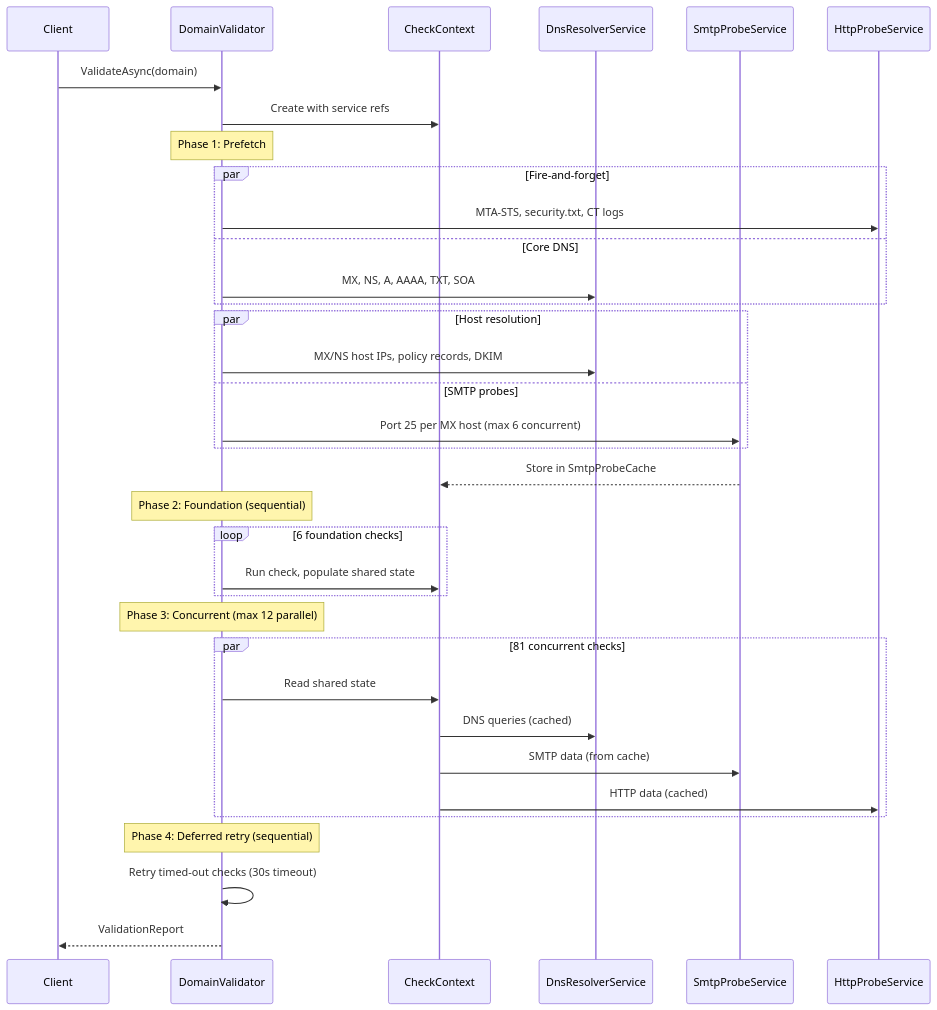
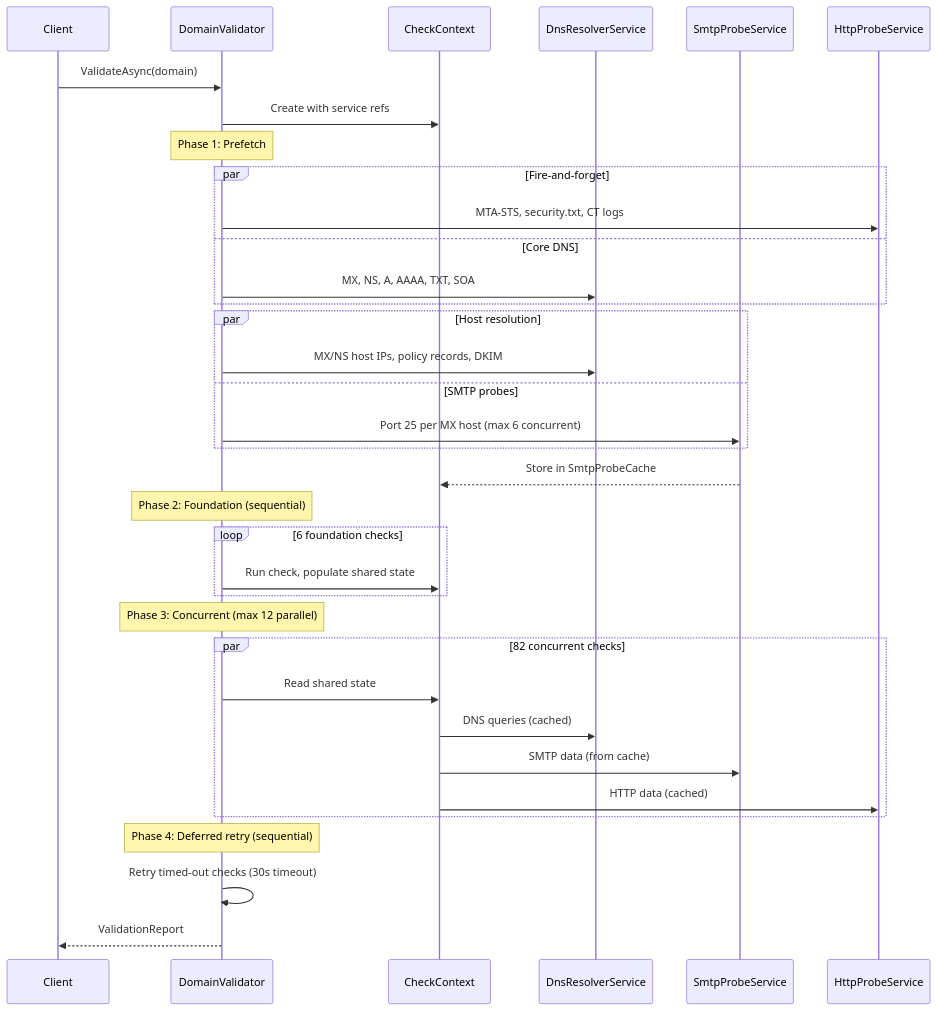
One commit to pkinerd/ednsv changed the second of 2 diagrams in docs/validation-pipeline.md. Above: the diagram before and after it, drawn with Mermaid. The commit also changed other lines of this file and 10 other files, not shown here.

````diff
--- a/docs/validation-pipeline.md
+++ b/docs/validation-pipeline.md
@@ -140,43 +140,43 @@
 ```mermaid
 sequenceDiagram
     participant Client
     participant DV as DomainValidator
     participant CTX as CheckContext
     participant DNS as DnsResolverService
     participant SMTP as SmtpProbeService
     participant HTTP as HttpProbeService
 
     Client->>DV: ValidateAsync(domain)
     DV->>CTX: Create with service refs
 
     Note over DV: Phase 1: Prefetch
     par Fire-and-forget
         DV->>HTTP: MTA-STS, security.txt, CT logs
     and Core DNS
         DV->>DNS: MX, NS, A, AAAA, TXT, SOA
     end
     par Host resolution
         DV->>DNS: MX/NS host IPs, policy records, DKIM
     and SMTP probes
         DV->>SMTP: Port 25 per MX host (max 6 concurrent)
     end
     SMTP-->>CTX: Store in SmtpProbeCache
 
     Note over DV: Phase 2: Foundation (sequential)
     loop 6 foundation checks
         DV->>CTX: Run check, populate shared state
     end
 
     Note over DV: Phase 3: Concurrent (max 12 parallel)
-    par 81 concurrent checks
+    par 82 concurrent checks
         DV->>CTX: Read shared state
         CTX->>DNS: DNS queries (cached)
         CTX->>SMTP: SMTP data (from cache)
         CTX->>HTTP: HTTP data (cached)
     end
 
     Note over DV: Phase 4: Deferred retry (sequential)
     DV->>DV: Retry timed-out checks (30s timeout)
 
     DV-->>Client: ValidationReport
 ```
````
